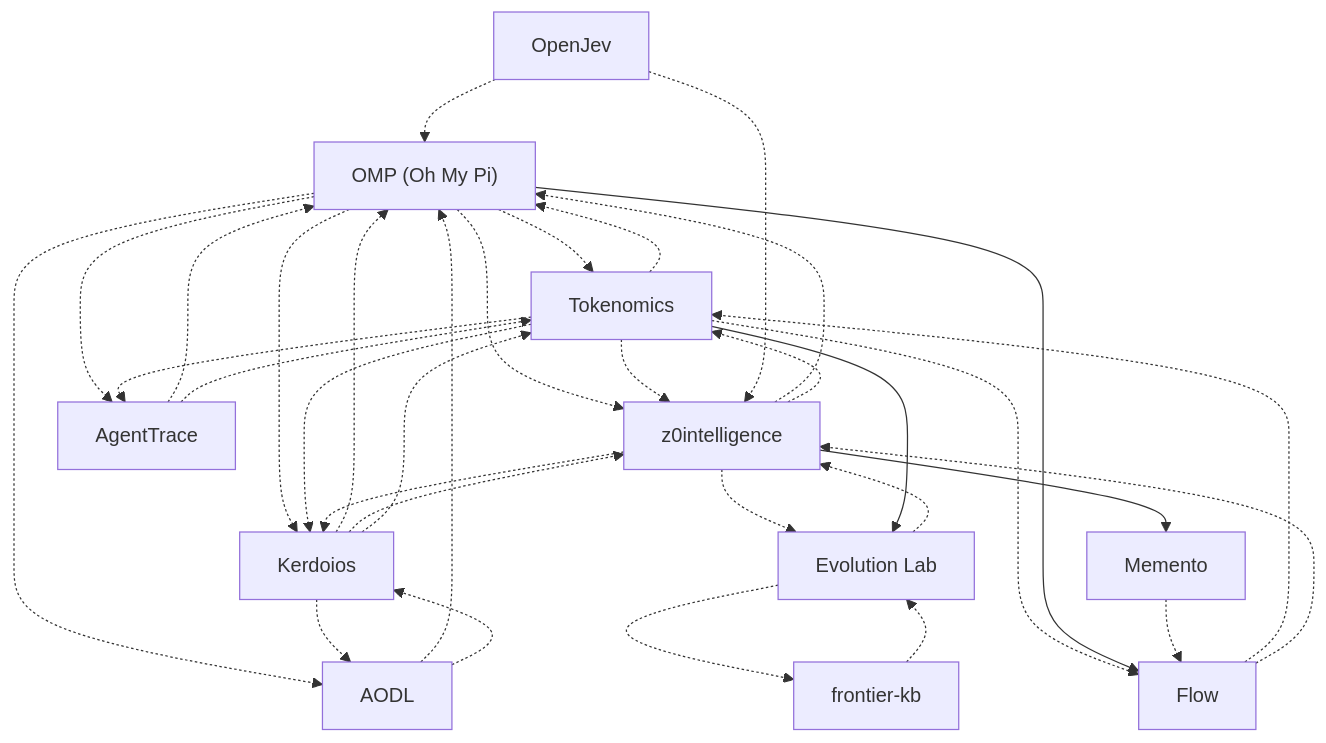
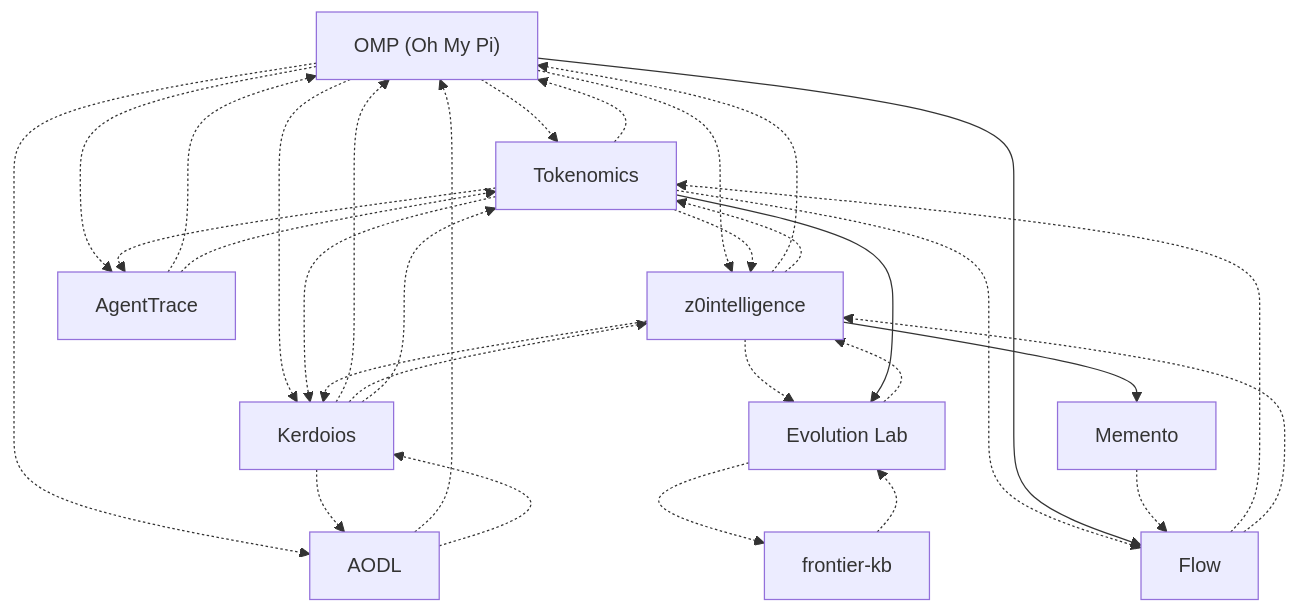
Before and after one commit to kvnloo/z0: the diagram in generated/graph.mmd, drawn with Mermaid. The commit also changed 16 other files, not shown here.

First line of the commit message:
feat: model harnesses mechanisms and architecture lifecycles

```diff
--- a/generated/graph.mmd
+++ b/generated/graph.mmd
@@ -1,45 +1,42 @@
 graph TD
   oh_my_pi["OMP (Oh My Pi)"]
   tokenomics["Tokenomics"]
   flow["Flow"]
   z0intelligence["z0intelligence"]
   kerdoios["Kerdoios"]
   evolution_lab["Evolution Lab"]
   frontier_kb["frontier-kb"]
   aodl["AODL"]
   agenttrace["AgentTrace"]
   memento["Memento"]
-  openjev["OpenJev"]
   oh_my_pi -.-> tokenomics
   oh_my_pi -.-> z0intelligence
   oh_my_pi -.-> aodl
   oh_my_pi -.-> kerdoios
   oh_my_pi -.-> agenttrace
   tokenomics -.-> oh_my_pi
   tokenomics -.-> z0intelligence
   tokenomics -.-> kerdoios
   tokenomics -.-> agenttrace
   tokenomics -.-> flow
   oh_my_pi --> flow
   flow -.-> tokenomics
   flow -.-> z0intelligence
   z0intelligence -.-> oh_my_pi
   z0intelligence -.-> kerdoios
   z0intelligence -.-> evolution_lab
   z0intelligence -.-> tokenomics
   kerdoios -.-> oh_my_pi
   kerdoios -.-> z0intelligence
   kerdoios -.-> aodl
   kerdoios -.-> tokenomics
   tokenomics --> evolution_lab
   evolution_lab -.-> frontier_kb
   evolution_lab -.-> z0intelligence
   frontier_kb -.-> evolution_lab
   aodl -.-> oh_my_pi
   aodl -.-> kerdoios
   agenttrace -.-> oh_my_pi
   agenttrace -.-> tokenomics
   z0intelligence --> memento
   memento -.-> flow
-  openjev -.-> oh_my_pi
-  openjev -.-> z0intelligence
```
